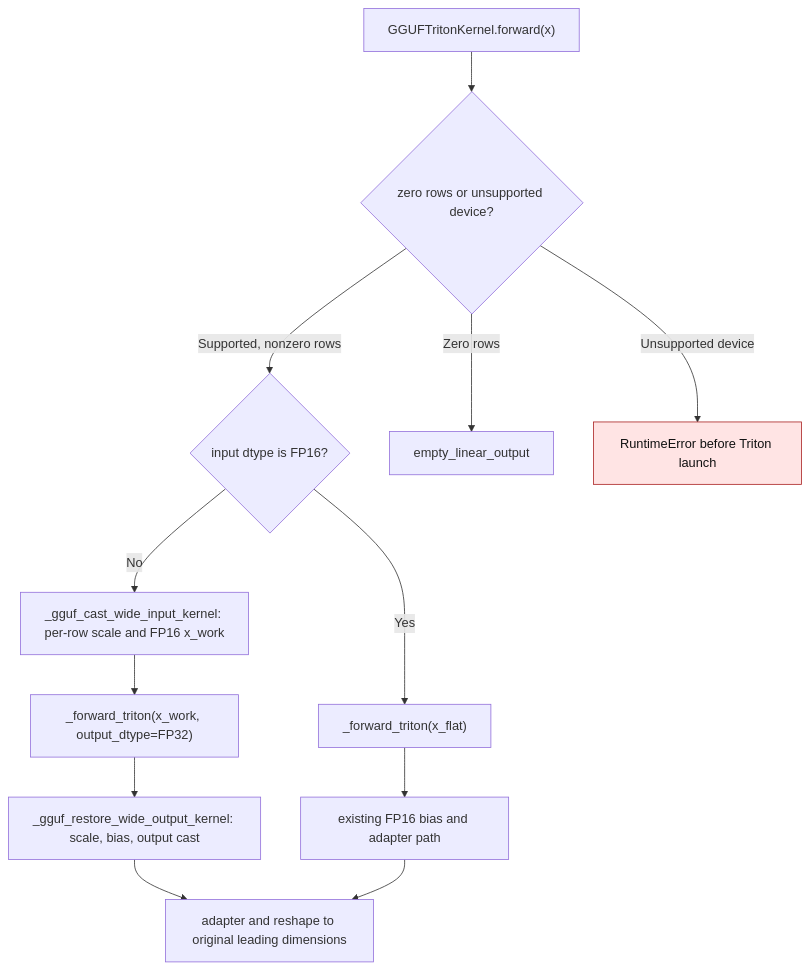
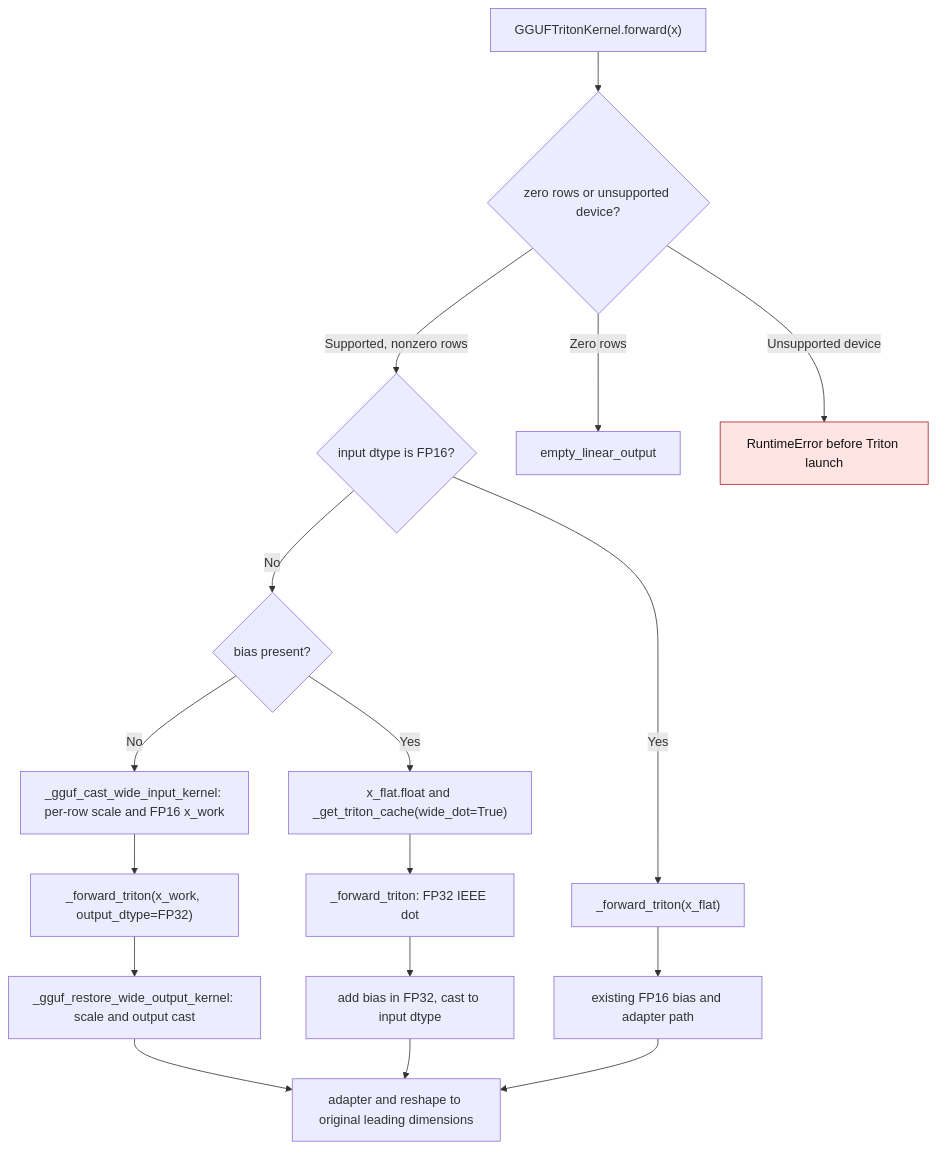
One commit to ModelCloud/GPTQModel changed the diagram in docs/gguf-triton-activation-range.md. Above: the diagram before and after it, drawn with Mermaid. The commit also changed other lines of this file and 2 other files, not shown here.

Commit message:
fix(gguf): use wide fused dots for biased BF16 and FP32 inputs

````diff
--- a/docs/gguf-triton-activation-range.md
+++ b/docs/gguf-triton-activation-range.md
@@ -18,16 +26,21 @@
 ```mermaid
 flowchart TD
     A["GGUFTritonKernel.forward(x)"] --> I{"zero rows or unsupported device?"}
     I -- Supported, nonzero rows --> B{"input dtype is FP16?"}
     B -- Yes --> C["_forward_triton(x_flat)"]
-    B -- No --> D["_gguf_cast_wide_input_kernel: per-row scale and FP16 x_work"]
+    B -- No --> L{"bias present?"}
+    L -- Yes --> M["x_flat.float and _get_triton_cache(wide_dot=True)"]
+    M --> N["_forward_triton: FP32 IEEE dot"]
+    N --> O["add bias in FP32, cast to input dtype"]
+    L -- No --> D["_gguf_cast_wide_input_kernel: per-row scale and FP16 x_work"]
     D --> E["_forward_triton(x_work, output_dtype=FP32)"]
-    E --> F["_gguf_restore_wide_output_kernel: scale, bias, output cast"]
+    E --> F["_gguf_restore_wide_output_kernel: scale and output cast"]
     C --> G["existing FP16 bias and adapter path"]
     F --> H["adapter and reshape to original leading dimensions"]
+    O --> H
     G --> H
     I -- Zero rows --> J["empty_linear_output"]
     I -- Unsupported device --> K["RuntimeError before Triton launch"]
     classDef failure fill:#ffe4e4,stroke:#a22,color:#111;
     class K failure;
 ```
````
